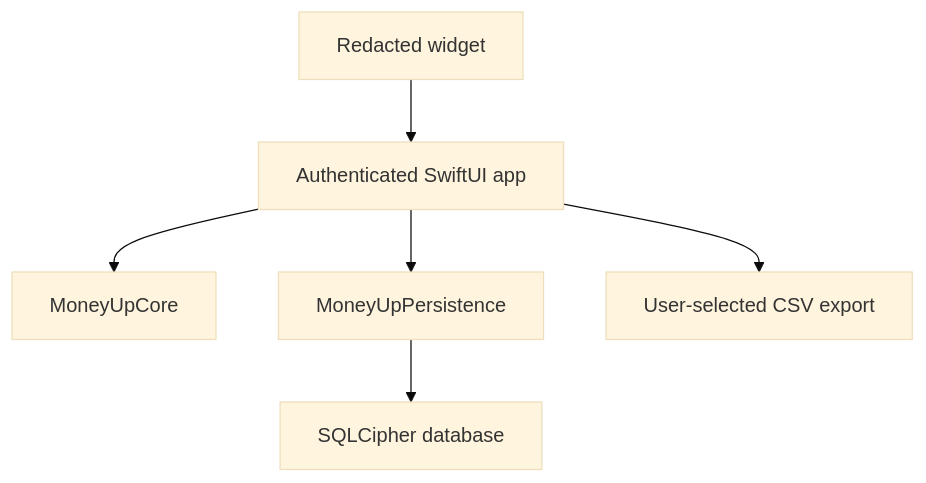
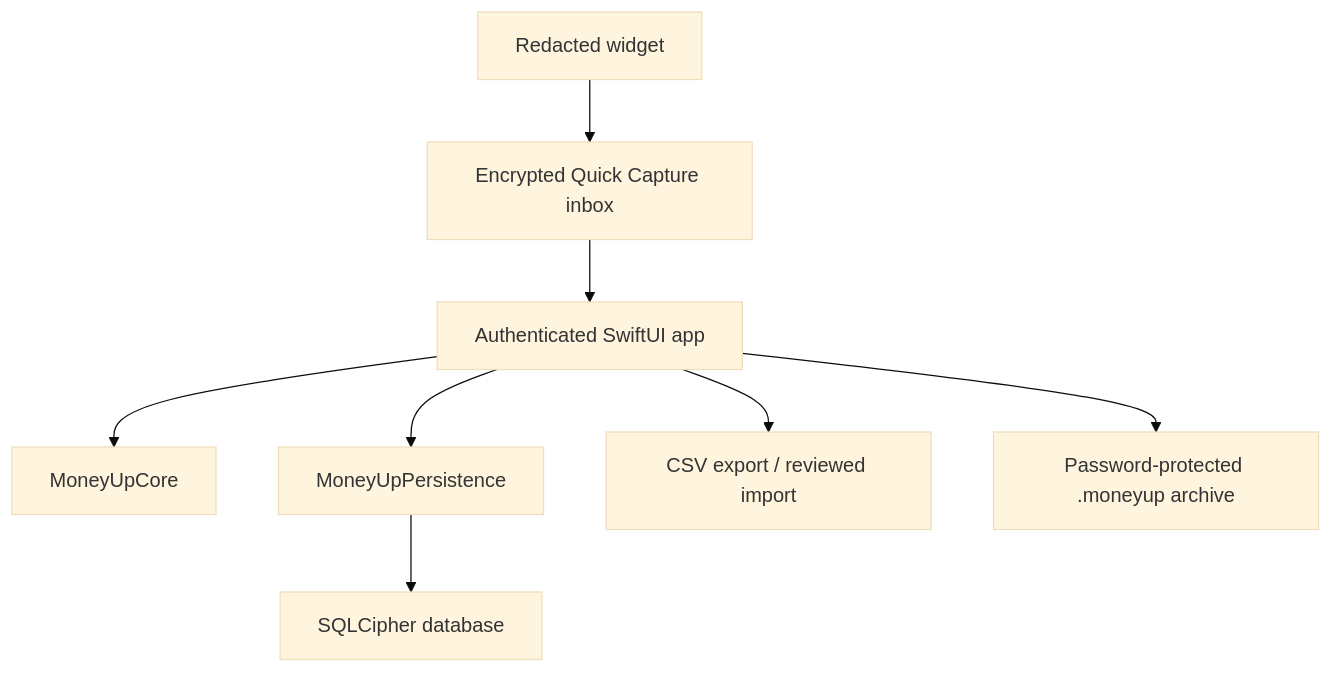
One commit to LaiWenKang/MoneyUp changed the diagram in docs/ARCHITECTURE.md. Above: the diagram before and after it, drawn with Mermaid (base theme). The commit also changed other lines of this file and 60 other files, not shown here.

````diff
--- a/docs/ARCHITECTURE.md
+++ b/docs/ARCHITECTURE.md
@@ -5,8 +5,10 @@
 ```mermaid
 flowchart TD
-    Widget["Redacted widget"] --> App["Authenticated SwiftUI app"]
+    Widget["Redacted widget"] --> Capture["Encrypted Quick Capture inbox"]
+    Capture --> App["Authenticated SwiftUI app"]
     App --> Core["MoneyUpCore"]
     App --> Store["MoneyUpPersistence"]
     Store --> Cipher["SQLCipher database"]
-    App --> Export["User-selected CSV export"]
+    App --> Export["CSV export / reviewed import"]
+    App --> Archive["Password-protected .moneyup archive"]
 ```
````
